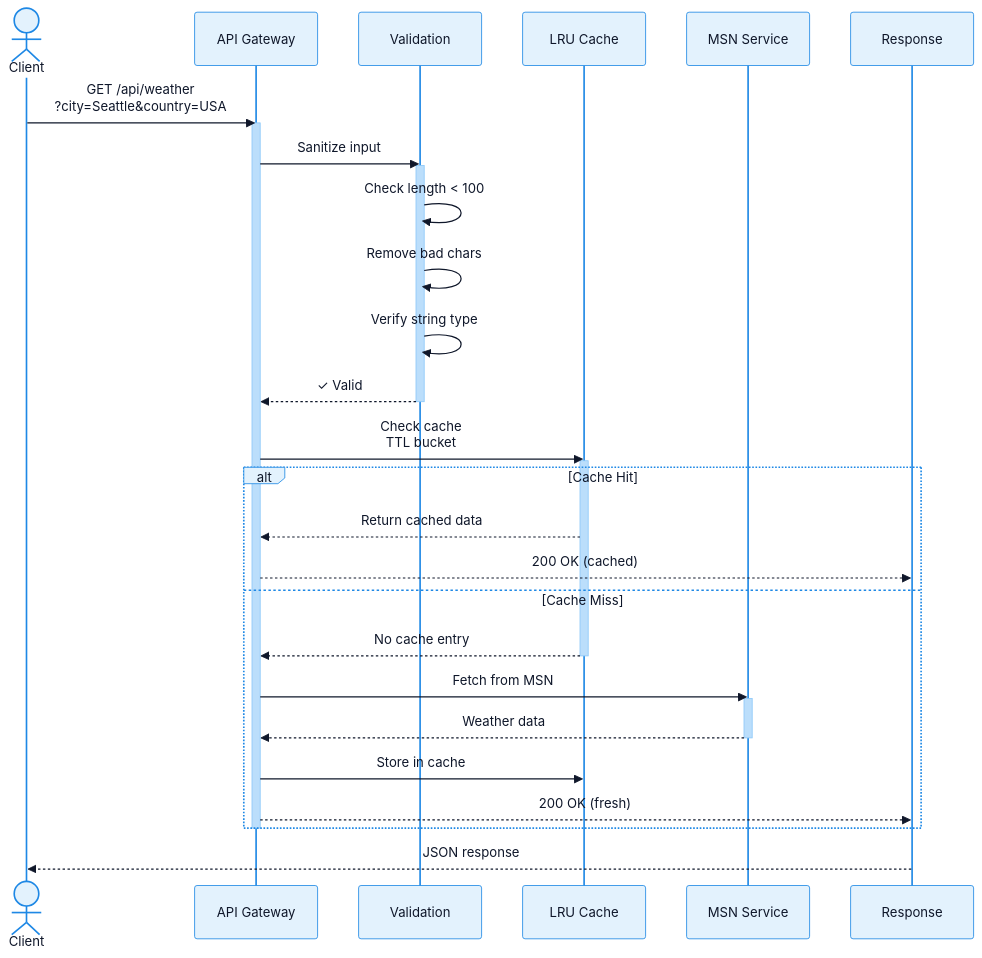
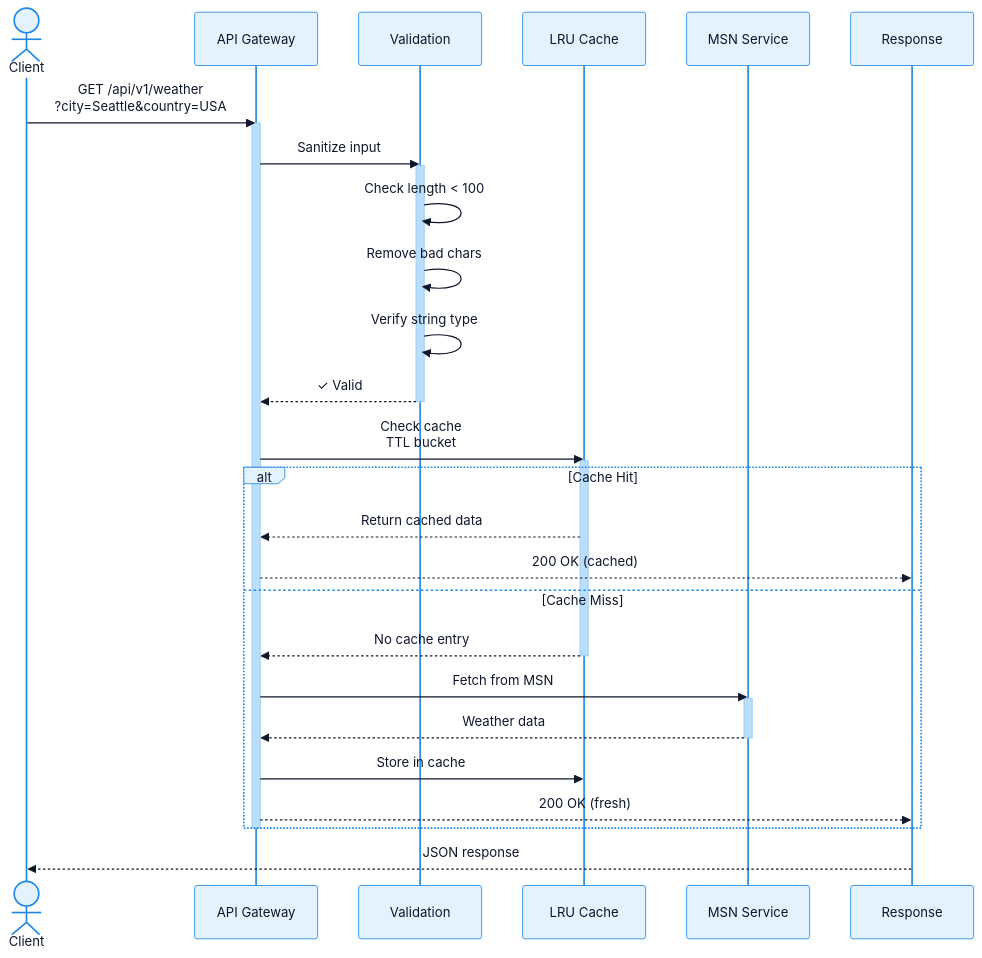
Before and after one commit to jim-wyatt/msn-weather-wrapper: the diagram in docs/API.md, drawn with Mermaid. The commit also changed other lines of this file and 21 other files, not shown here.

````diff
--- a/docs/API.md
+++ b/docs/API.md
@@ -7,40 +7,40 @@
 ```mermaid
 %%{init: {'theme': 'base', 'themeVariables': {'primaryColor': '#E3F2FD', 'primaryTextColor': '#0F172A', 'primaryBorderColor': '#1E88E5', 'lineColor': '#1E88E5', 'secondaryColor': '#BBDEFB', 'tertiaryColor': '#90CAF9', 'edgeLabelBackground': '#E3F2FD'}}}%%
 sequenceDiagram
     actor Client
     participant API as API Gateway
     participant Valid as Validation
     participant Cache as LRU Cache
     participant MSN as MSN Service
     participant Response as Response
 
-    Client->>API: GET /api/weather<br/>?city=Seattle&country=USA
+    Client->>API: GET /api/v1/weather<br/>?city=Seattle&country=USA
     activate API
 
     API->>Valid: Sanitize input
     activate Valid
     Valid->>Valid: Check length < 100
     Valid->>Valid: Remove bad chars
     Valid->>Valid: Verify string type
     Valid-->>API: ✓ Valid
     deactivate Valid
 
     API->>Cache: Check cache<br/>TTL bucket
     activate Cache
     alt Cache Hit
         Cache-->>API: Return cached data
         API-->>Response: 200 OK (cached)
     else Cache Miss
         Cache-->>API: No cache entry
         deactivate Cache
         API->>MSN: Fetch from MSN
         activate MSN
         MSN-->>API: Weather data
         deactivate MSN
         API->>Cache: Store in cache
         API-->>Response: 200 OK (fresh)
     end
 
     deactivate API
     Response-->>Client: JSON response
 ```
````
